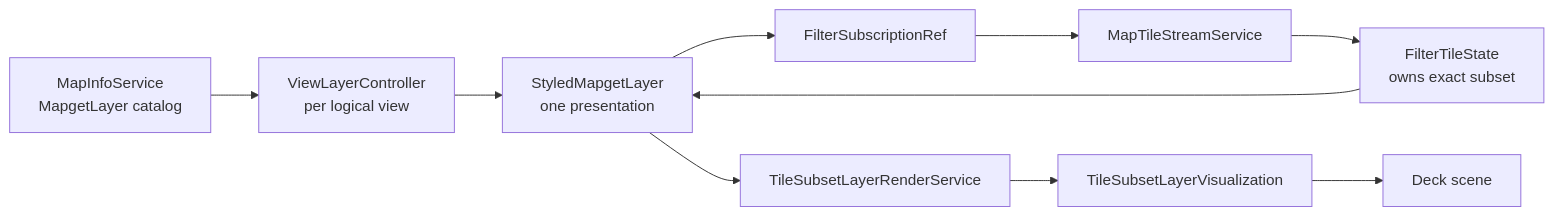
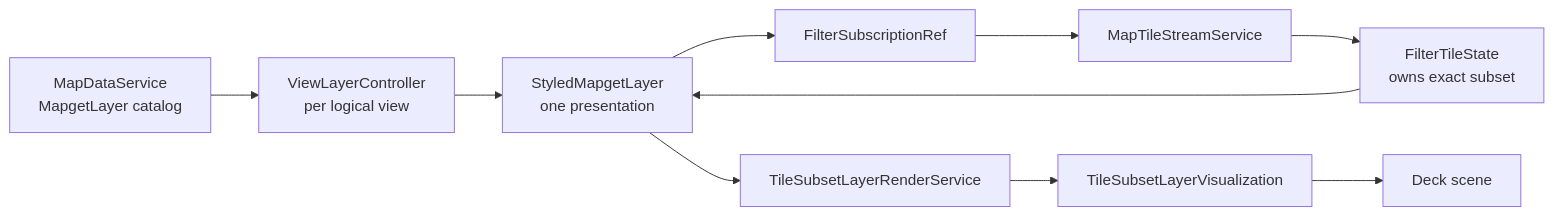
One commit to ndsev/erdblick changed the first of 2 diagrams in docs/erdblick-dev-guide.md. Above: the diagram before and after it, drawn with Mermaid. The commit also changed other lines of this file and 680 other files, not shown here.

````diff
--- a/docs/erdblick-dev-guide.md
+++ b/docs/erdblick-dev-guide.md
@@ -170,17 +177,17 @@
 ```mermaid
 flowchart LR
-  Catalog["MapInfoService<br/>MapgetLayer catalog"]
+  Catalog["MapDataService<br/>MapgetLayer catalog"]
   Controller["ViewLayerController<br/>per logical view"]
   Styled["StyledMapgetLayer<br/>one presentation"]
   Ref["FilterSubscriptionRef"]
   Stream["MapTileStreamService"]
   State["FilterTileState<br/>owns exact subset"]
   Render["TileSubsetLayerRenderService"]
   Vis["TileSubsetLayerVisualization"]
   Deck["Deck scene"]
 
   Catalog --> Controller --> Styled
   Styled --> Ref --> Stream
   Stream --> State --> Styled
   Styled --> Render --> Vis --> Deck
 ```
````
